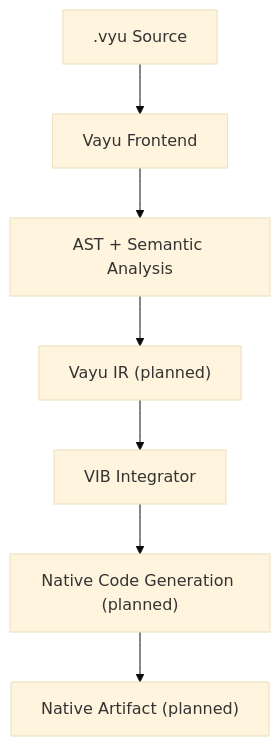
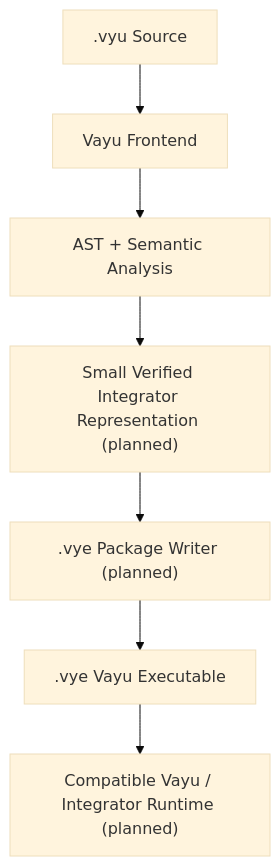
One commit to NotY215/Vayu changed the diagram in README.md. Above: the diagram before and after it, drawn with Mermaid (base theme). The commit also changed other lines of this file, not shown here.

Commit message:
Align README pipeline with VYE-first Integrator roadmap

````diff
--- a/README.md
+++ b/README.md
@@ -169,9 +169,9 @@
 ```mermaid
 flowchart TD
     S[".vyu Source"] --> F["Vayu Frontend"]
     F --> A["AST + Semantic Analysis"]
-    A --> I["Vayu IR (planned)"]
-    I --> V["VIB Integrator"]
-    V --> N["Native Code Generation (planned)"]
-    N --> E["Native Artifact (planned)"]
+    A --> I["Small Verified Integrator Representation (planned)"]
+    I --> P[".vye Package Writer (planned)"]
+    P --> E[".vye Vayu Executable"]
+    E --> R["Compatible Vayu / Integrator Runtime (planned)"]
 ```
````
